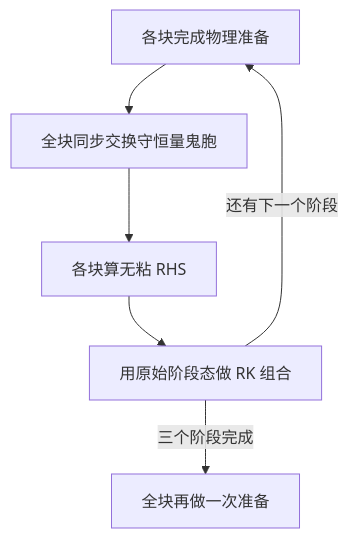
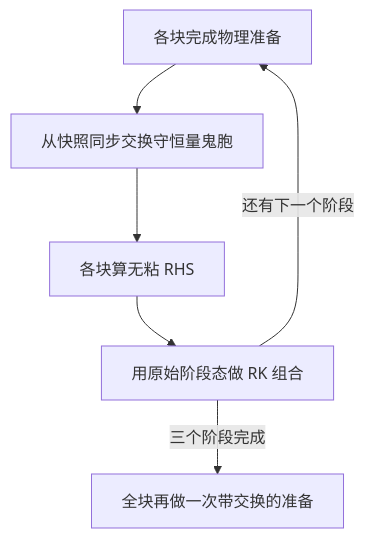
One commit to PaulWang-conser/opencfd_jax changed the diagram in docs/plans/2026-11-23-001-feat-step6-multiblock-serial-plan.md. Above: the diagram before and after it, drawn with Mermaid. The commit also changed other lines of this file, not shown here.

````diff
--- a/docs/plans/2026-11-23-001-feat-step6-multiblock-serial-plan.md
+++ b/docs/plans/2026-11-23-001-feat-step6-multiblock-serial-plan.md
@@ -113,8 +119,8 @@
 ```mermaid
 flowchart TB
-  A[各块完成物理准备] --> B[全块同步交换守恒量鬼胞]
+  A[各块完成物理准备] --> B[从快照同步交换守恒量鬼胞]
   B --> C[各块算无粘 RHS]
   C --> D[用原始阶段态做 RK 组合]
   D -->|还有下一个阶段| A
-  D -->|三个阶段完成| E[全块再做一次准备]
+  D -->|三个阶段完成| E[全块再做一次带交换的准备]
 ```
````
